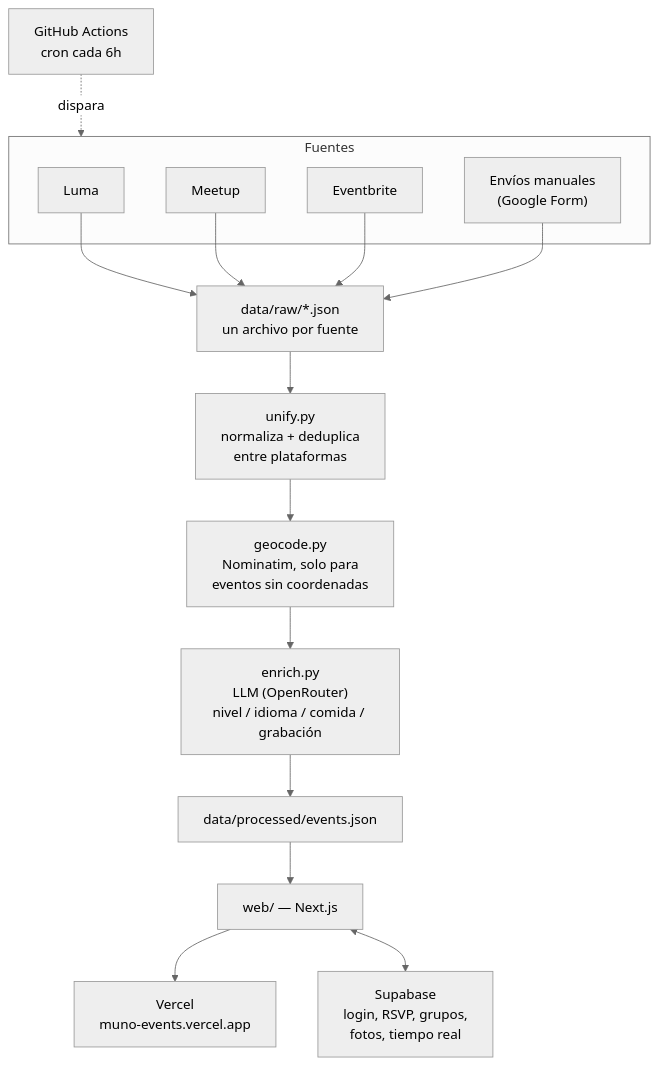
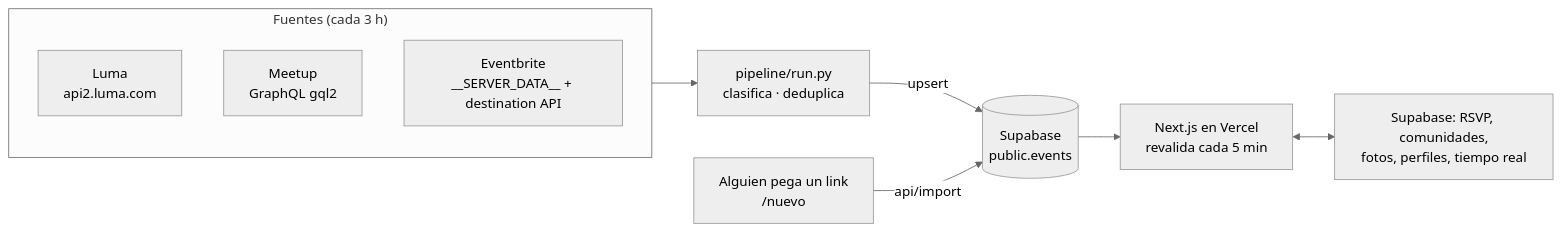
The diagram in README.md (ClaudiaAgromayor/muno-events), drawn with Mermaid (neutral theme) before and after one commit. The commit also changed other lines of this file and 50 other files, not shown here.

First line of the commit message:
Rehacer la web: descubrir, evento, añadir por link, comunidades y fotos

````diff
--- a/README.md
+++ b/README.md
@@ -20,25 +11,13 @@
 ```mermaid
-flowchart TD
-    subgraph fuentes["Fuentes"]
-        luma[Luma]
-        meetup[Meetup]
-        eventbrite[Eventbrite]
-        manual["Envíos manuales<br/>(Google Form)"]
+flowchart LR
+    subgraph fuentes["Fuentes (cada 3 h)"]
+        luma["Luma<br/>api2.luma.com"]
+        meetup["Meetup<br/>GraphQL gql2"]
+        eb["Eventbrite<br/>__SERVER_DATA__ + destination API"]
     end
-
-    cron["GitHub Actions<br/>cron cada 6h"] -.dispara.-> fuentes
-
-    luma --> raw["data/raw/*.json<br/>un archivo por fuente"]
-    meetup --> raw
-    eventbrite --> raw
-    manual --> raw
-
-    raw --> unify["unify.py<br/>normaliza + deduplica<br/>entre plataformas"]
-    unify --> geocode["geocode.py<br/>Nominatim, solo para<br/>eventos sin coordenadas"]
-    geocode --> enrich["enrich.py<br/>LLM (OpenRouter)<br/>nivel / idioma / comida / grabación"]
-    enrich --> processed["data/processed/events.json"]
-
-    processed --> web["web/ — Next.js"]
-    web --> vercel["Vercel<br/>muno-events.vercel.app"]
-    web <--> supabase["Supabase<br/>login, RSVP, grupos,<br/>fotos, tiempo real"]
+    fuentes --> run["pipeline/run.py<br/>clasifica · deduplica"]
+    run -->|upsert| db[(Supabase<br/>public.events)]
+    user["Alguien pega un link<br/>/nuevo"] -->|api/import| db
+    db --> web["Next.js en Vercel<br/>revalida cada 5 min"]
+    web <--> social["Supabase: RSVP, comunidades,<br/>fotos, perfiles, tiempo real"]
 ```
````
